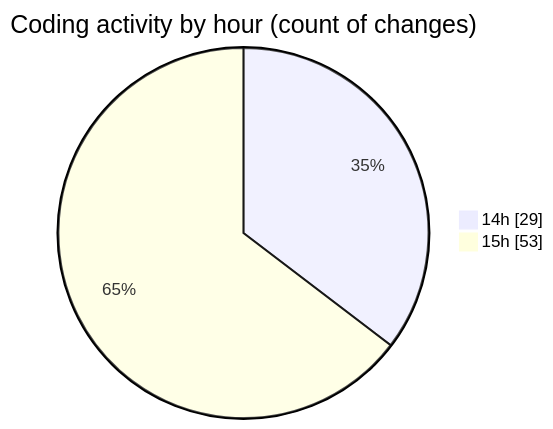
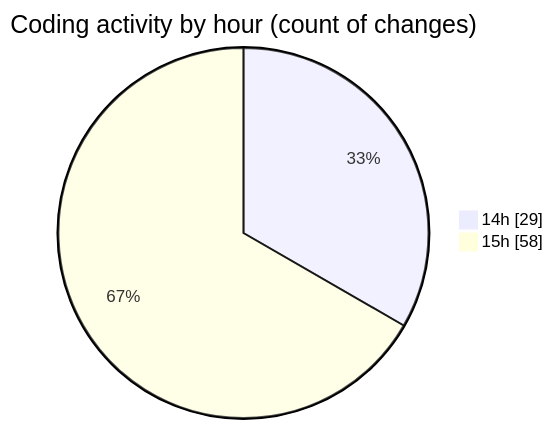
One commit to CELIANVF/code-tracking changed the second of 2 diagrams in 2025-06-05/ecodeli-1/README.md. Above: the diagram before and after it, drawn with Mermaid. The commit also changed other lines of this file and 1 other file, not shown here.

````diff
--- a/2025-06-05/ecodeli-1/README.md
+++ b/2025-06-05/ecodeli-1/README.md
@@ -62,6 +62,6 @@
 ```mermaid
 pie showData
 title Coding activity by hour (count of changes)
 "14h" : 29
-"15h" : 53
+"15h" : 58
 ```
````
